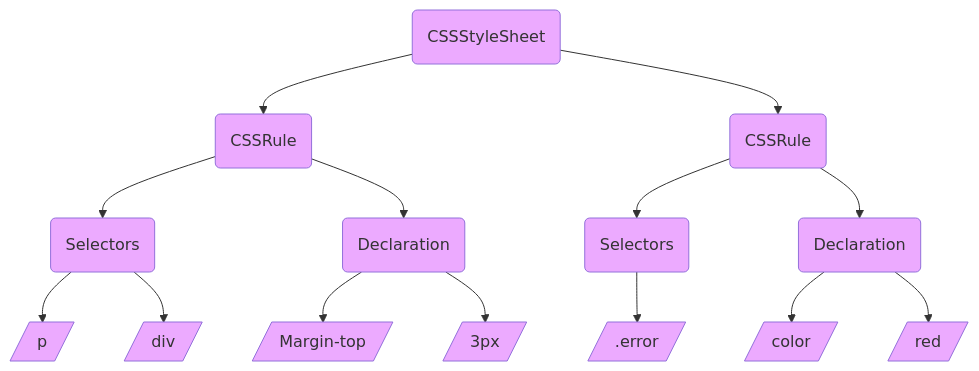
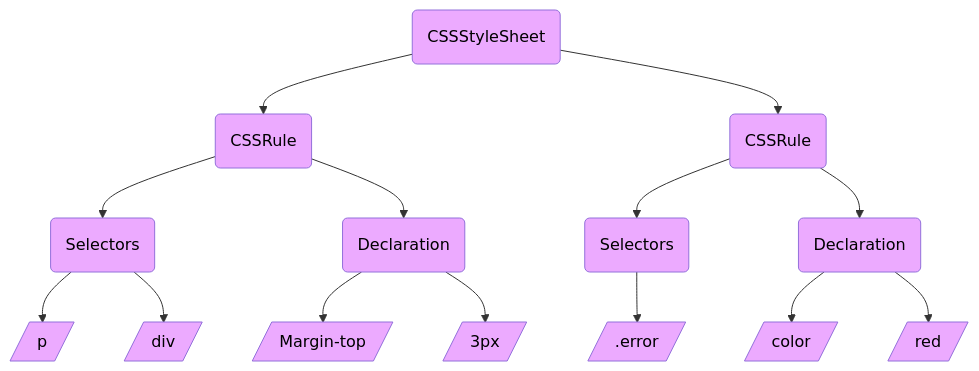
Before and after one commit to pesto-students/p3-priyanka-aravinthraaj: the fifth of 6 diagrams in Week-1/Browser.md, drawn with Mermaid. The commit also changed other lines of this file, not shown here.

````diff
--- a/Week-1/Browser.md
+++ b/Week-1/Browser.md
@@ -131,31 +131,31 @@
 ```mermaid
   flowchart TB;
       1(CSSStyleSheet);
       2(CSSRule);
       3(Selectors);
       4(Declaration);
       5(CSSRule);
       6(Selectors);
       7(Declaration);
       8[/p/]
       9[/div/]
       10[/Margin-top/]
       11[/3px/]
       12[/.error/]
       13[/color/]
       14[/red/]
 
       1-->2-->3;
       2-->4;
       1-->5-->6;
       5-->7;
       3-->8
       3-->9
       4-->10
       4-->11
       6-->12
       7-->13
       7-->14
-      classDef customStyle fill:#ECAAFF ;
+      classDef customStyle fill:#ECAAFF,color:#000 ;
       class 1,2,3,4,5,6,7,8,9,10,11,12,13,14 customStyle;
 ```
````
